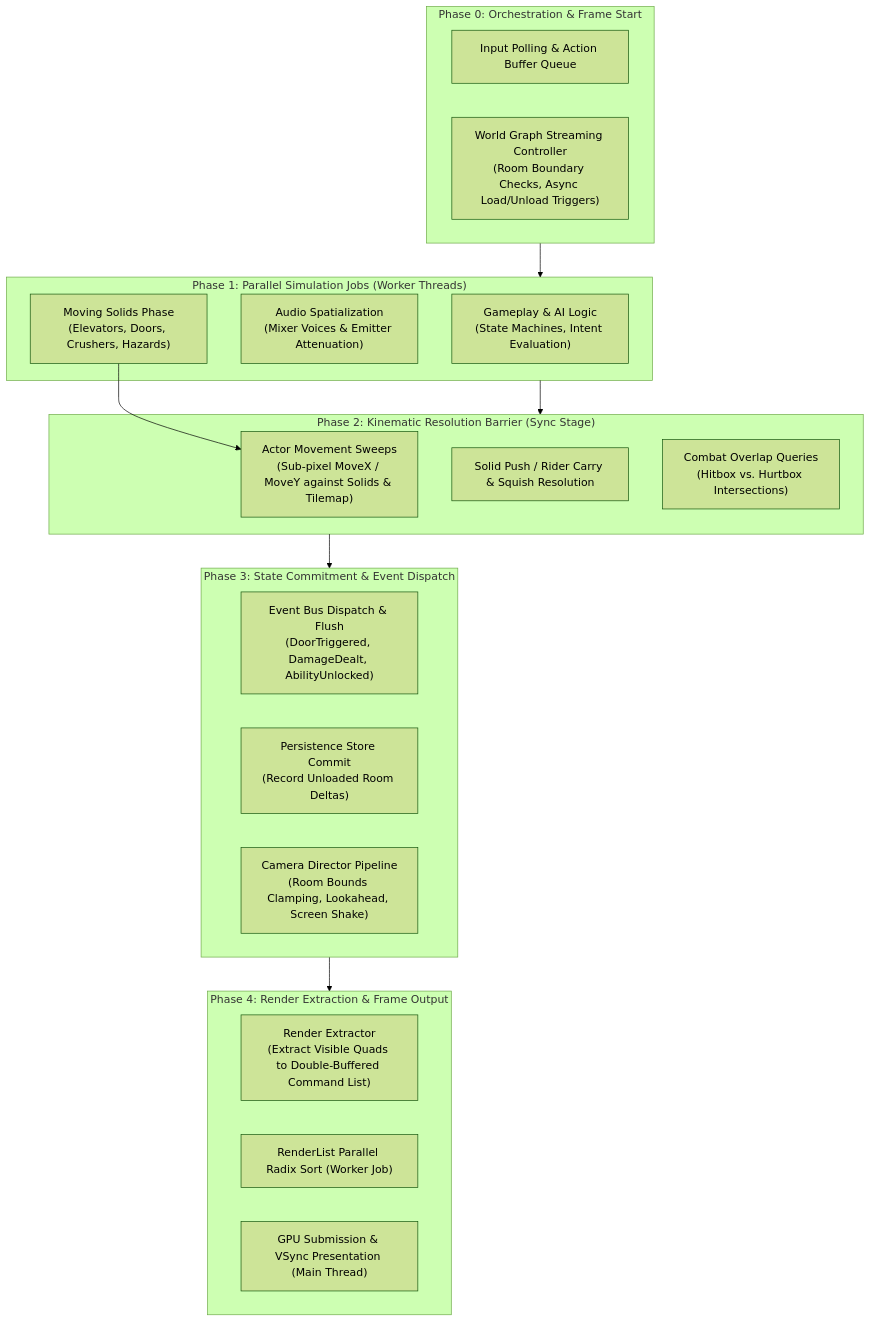
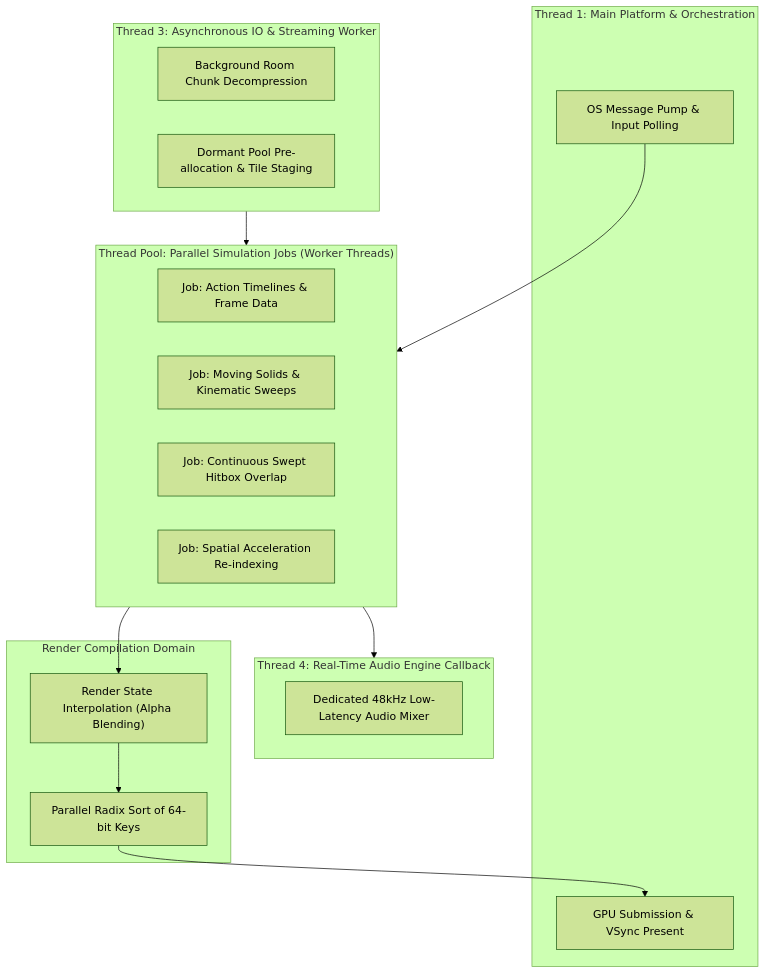
The diagram in docs/METROIDVANIA_ENGINE_ARCHITECTURE.md (nmnguyen130/EngineN), drawn with Mermaid (forest theme) before and after one commit. The commit also changed other lines of this file, not shown here.

````diff
--- a/docs/METROIDVANIA_ENGINE_ARCHITECTURE.md
+++ b/docs/METROIDVANIA_ENGINE_ARCHITECTURE.md
@@ -32,37 +18,35 @@
 ```mermaid
 flowchart TD
-    subgraph Phase0["Phase 0: Orchestration & Frame Start"]
-        P0_Input["Input Polling & Action Buffer Queue"]
-        P0_World["World Graph Streaming Controller<br/>(Room Boundary Checks, Async Load/Unload Triggers)"]
+    subgraph MainThread["Thread 1: Main Platform & Orchestration"]
+        OS_Poll["OS Message Pump & Input Polling"]
+        GPU_Present["GPU Submission & VSync Present"]
     end
 
-    subgraph Phase1["Phase 1: Parallel Simulation Jobs (Worker Threads)"]
-        P1_AI["Gameplay & AI Logic<br/>(State Machines, Intent Evaluation)"]
-        P1_Audio["Audio Spatialization<br/>(Mixer Voices & Emitter Attenuation)"]
-        P1_Solids["Moving Solids Phase<br/>(Elevators, Doors, Crushers, Hazards)"]
+    subgraph SimJobs["Thread Pool: Parallel Simulation Jobs (Worker Threads)"]
+        Job_Action["Job: Action Timelines & Frame Data"]
+        Job_Solids["Job: Moving Solids & Kinematic Sweeps"]
+        Job_Collision["Job: Continuous Swept Hitbox Overlap"]
+        Job_Partition["Job: Spatial Acceleration Re-indexing"]
     end
 
-    subgraph Phase2["Phase 2: Kinematic Resolution Barrier (Sync Stage)"]
-        P2_Sweep["Actor Movement Sweeps<br/>(Sub-pixel MoveX / MoveY against Solids & Tilemap)"]
-        P2_Crush["Solid Push / Rider Carry & Squish Resolution"]
-        P2_Hitboxes["Combat Overlap Queries<br/>(Hitbox vs. Hurtbox Intersections)"]
+    subgraph AsyncIO["Thread 3: Asynchronous IO & Streaming Worker"]
+        IO_Decompress["Background Room Chunk Decompression"]
+        IO_Staging["Dormant Pool Pre-allocation & Tile Staging"]
     end
 
-    subgraph Phase3["Phase 3: State Commitment & Event Dispatch"]
-        P3_Bus["Event Bus Dispatch & Flush<br/>(DoorTriggered, DamageDealt, AbilityUnlocked)"]
-        P3_Store["Persistence Store Commit<br/>(Record Unloaded Room Deltas)"]
-        P3_Camera["Camera Director Pipeline<br/>(Room Bounds Clamping, Lookahead, Screen Shake)"]
+    subgraph AudioThread["Thread 4: Real-Time Audio Engine Callback"]
+        Audio_Mixer["Dedicated 48kHz Low-Latency Audio Mixer"]
     end
 
-    subgraph Phase4["Phase 4: Render Extraction & Frame Output"]
-        P4_Extract["Render Extractor<br/>(Extract Visible Quads to Double-Buffered Command List)"]
-        P4_Sort["RenderList Parallel Radix Sort (Worker Job)"]
-        P4_Present["GPU Submission & VSync Presentation (Main Thread)"]
+    subgraph RenderWorker["Render Compilation Domain"]
+        Render_Interp["Render State Interpolation (Alpha Blending)"]
+        Render_Sort["Parallel Radix Sort of 64-bit Keys"]
     end
 
-    Phase0 --> Phase1
-    P1_Solids --> P2_Sweep
-    Phase1 --> Phase2
-    Phase2 --> Phase3
-    Phase3 --> Phase4
+    OS_Poll --> SimJobs
+    SimJobs --> Render_Interp
+    Render_Interp --> Render_Sort
+    Render_Sort --> GPU_Present
+    AsyncIO --> SimJobs
+    SimJobs --> AudioThread
 ```
````
